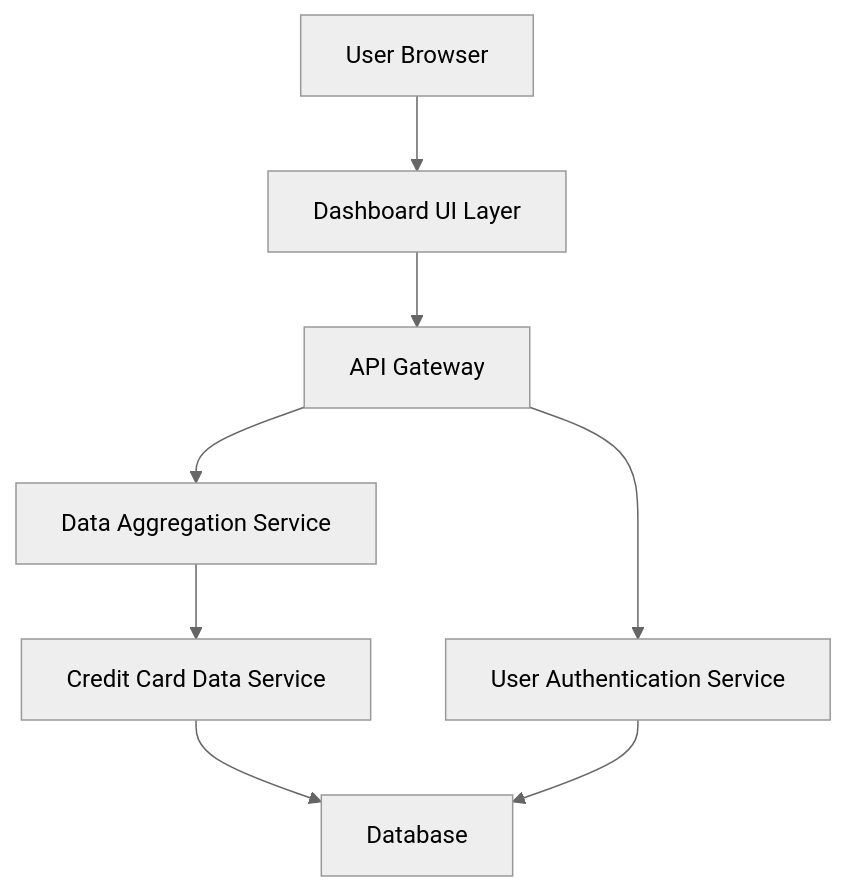
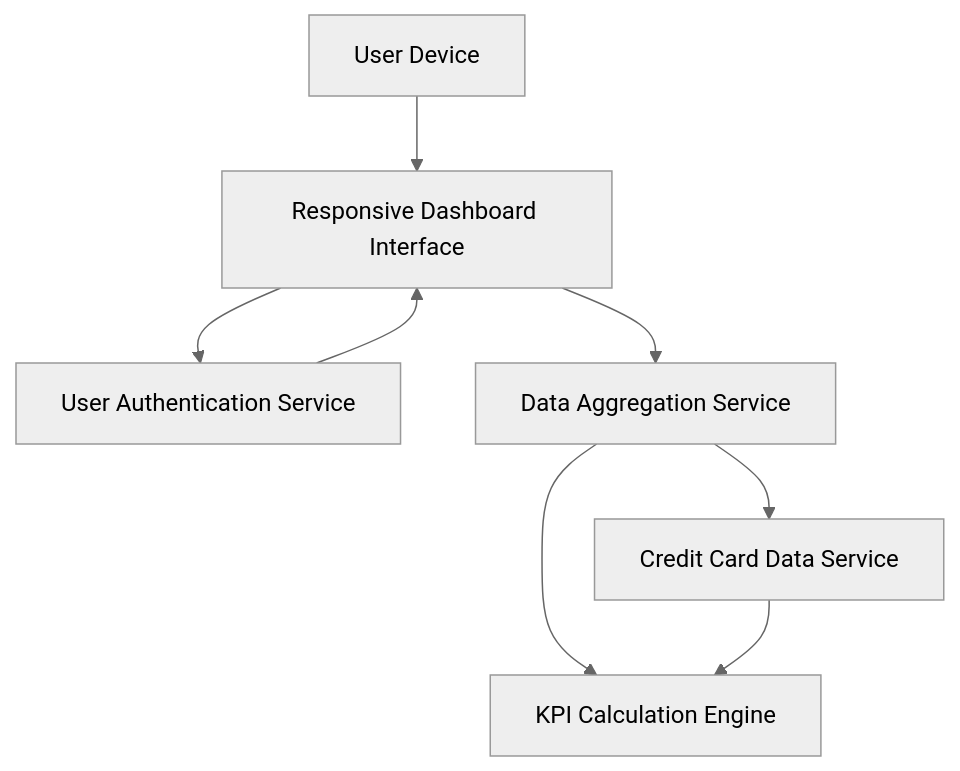
The diagram in HLD/QE-8612_HLD.md (AAVA-Demo/APB_Demo), drawn with Mermaid (neutral theme) before and after one commit. The commit also changed other lines of this file and 5 other files, not shown here.

````diff
--- a/HLD/QE-8612_HLD.md
+++ b/HLD/QE-8612_HLD.md
@@ -7,17 +7,16 @@
 ```mermaid
 flowchart TD
-    A["User Browser"]
-    B["Dashboard UI Layer"]
-    C["API Gateway"]
+    A["User Device"]
+    B["Responsive Dashboard Interface"]
+    C["User Authentication Service"]
     D["Data Aggregation Service"]
     E["Credit Card Data Service"]
-    F["User Authentication Service"]
-    G["Database"]
+    F["KPI Calculation Engine"]
     A --> B
     B --> C
-    C --> F
-    C --> D
+    C --> B
+    B --> D
     D --> E
-    E --> G
-    F --> G
+    D --> F
+    E --> F
 ```
````
